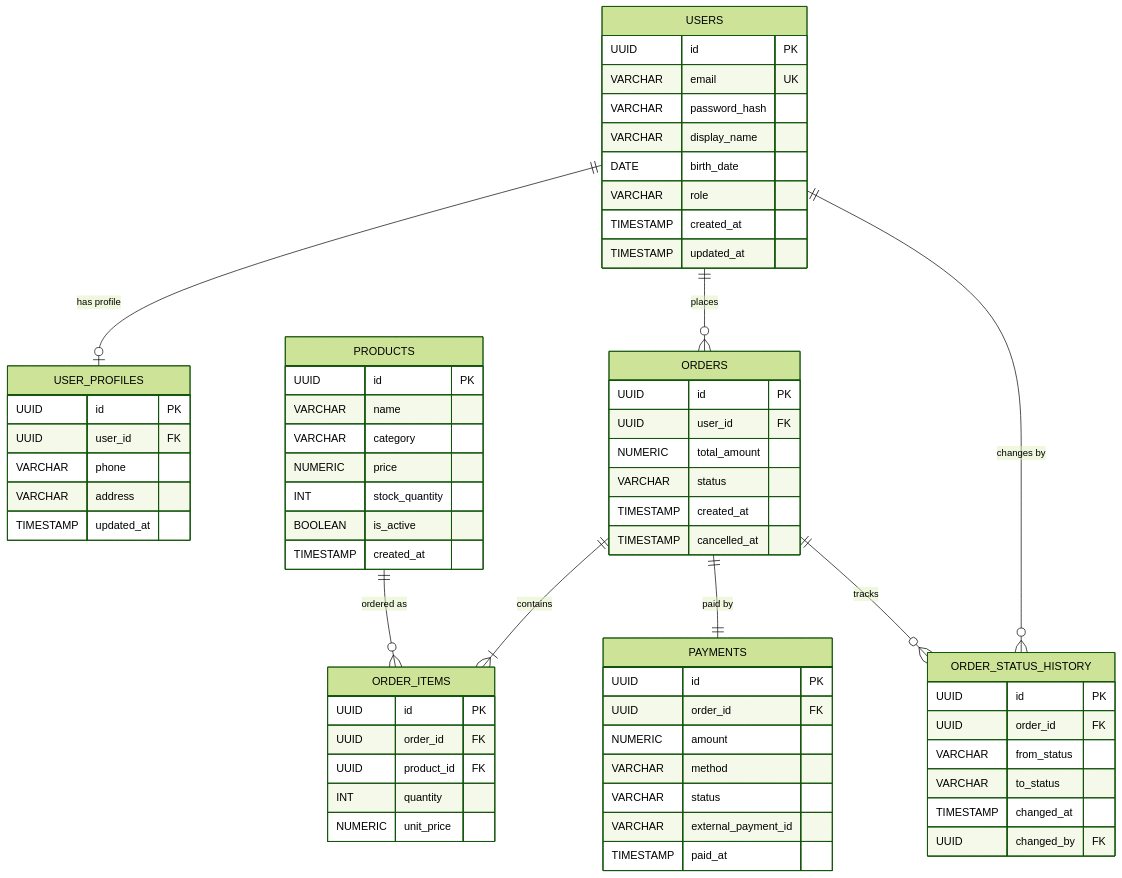
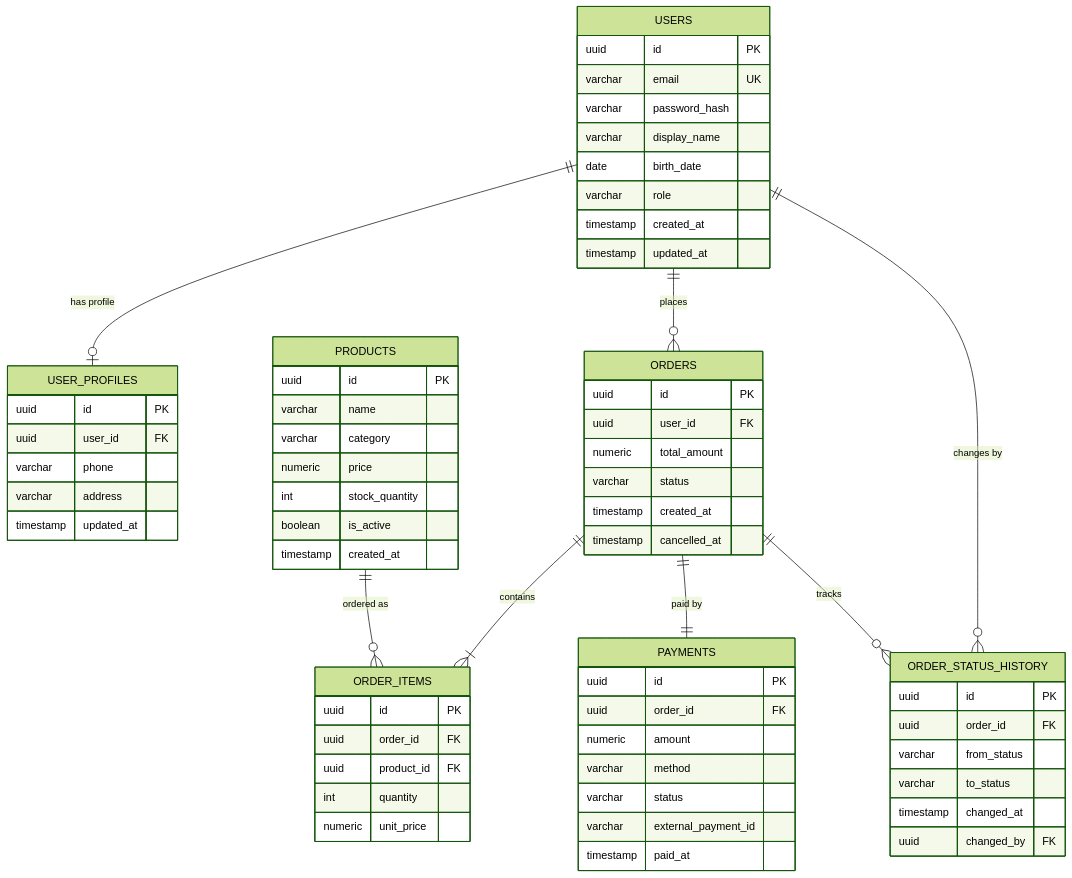
One commit to rageboom/ai-native-methodology changed the diagram in ai-native-methodology/templates/erd.template.mermaid. Above: the diagram before and after it, drawn with Mermaid (forest theme). The commit also changed 81 other files, not shown here.

```diff
--- a/ai-native-methodology/templates/erd.template.mermaid
+++ b/ai-native-methodology/templates/erd.template.mermaid
@@ -1,102 +1,102 @@
 %% ERD - 데이터베이스 스키마 (Mermaid erDiagram)
 %% 생성일: {meta.generated_at}
 %% 출처: ORM/ERD/운영DB 통합 (정합성 검증 완료)
 %% 신뢰도: {meta.confidence}
 
 erDiagram
     %% ====================================
     %% 사용자 도메인
     %% ====================================
     USERS {
-        UUID id PK
-        VARCHAR email UK
-        VARCHAR password_hash
-        VARCHAR display_name
-        DATE birth_date
-        VARCHAR role
-        TIMESTAMP created_at
-        TIMESTAMP updated_at
+        uuid id PK
+        varchar email UK
+        varchar password_hash
+        varchar display_name
+        date birth_date
+        varchar role
+        timestamp created_at
+        timestamp updated_at
     }
     
     USER_PROFILES {
-        UUID id PK
-        UUID user_id FK
-        VARCHAR phone
-        VARCHAR address
-        TIMESTAMP updated_at
+        uuid id PK
+        uuid user_id FK
+        varchar phone
+        varchar address
+        timestamp updated_at
     }
     
     %% ====================================
     %% 주문 도메인
     %% ====================================
     ORDERS {
-        UUID id PK
-        UUID user_id FK
-        NUMERIC total_amount
-        VARCHAR status
-        TIMESTAMP created_at
-        TIMESTAMP cancelled_at
+        uuid id PK
+        uuid user_id FK
+        numeric total_amount
+        varchar status
+        timestamp created_at
+        timestamp cancelled_at
     }
     
     ORDER_ITEMS {
-        UUID id PK
-        UUID order_id FK
-        UUID product_id FK
-        INT quantity
-        NUMERIC unit_price
+        uuid id PK
+        uuid order_id FK
+        uuid product_id FK
+        int quantity
+        numeric unit_price
     }
     
     ORDER_STATUS_HISTORY {
-        UUID id PK
-        UUID order_id FK
-        VARCHAR from_status
-        VARCHAR to_status
-        TIMESTAMP changed_at
-        UUID changed_by FK
+        uuid id PK
+        uuid order_id FK
+        varchar from_status
+        varchar to_status
+        timestamp changed_at
+        uuid changed_by FK
     }
     
     %% ====================================
     %% 상품 도메인
     %% ====================================
     PRODUCTS {
-        UUID id PK
-        VARCHAR name
-        VARCHAR category
-        NUMERIC price
-        INT stock_quantity
-        BOOLEAN is_active
-        TIMESTAMP created_at
+        uuid id PK
+        varchar name
+        varchar category
+        numeric price
+        int stock_quantity
+        boolean is_active
+        timestamp created_at
     }
     
     %% ====================================
     %% 결제 도메인
     %% ====================================
     PAYMENTS {
-        UUID id PK
-        UUID order_id FK
-        NUMERIC amount
-        VARCHAR method
-        VARCHAR status
-        VARCHAR external_payment_id
-        TIMESTAMP paid_at
+        uuid id PK
+        uuid order_id FK
+        numeric amount
+        varchar method
+        varchar status
+        varchar external_payment_id
+        timestamp paid_at
     }
     
     %% ====================================
     %% 관계 (Relationships)
     %% ====================================
     USERS ||--o| USER_PROFILES : "has profile"
     USERS ||--o{ ORDERS : "places"
     USERS ||--o{ ORDER_STATUS_HISTORY : "changes by"
     
     ORDERS ||--|{ ORDER_ITEMS : "contains"
     ORDERS ||--o{ ORDER_STATUS_HISTORY : "tracks"
     ORDERS ||--|| PAYMENTS : "paid by"
     
     PRODUCTS ||--o{ ORDER_ITEMS : "ordered as"
     
     %% 관계 표기 범례:
     %% ||--||  : 1:1 (둘 다 필수)
     %% ||--o|  : 1:0..1
     %% ||--|{  : 1:1..N (자식 필수)
     %% ||--o{  : 1:0..N
     %% }o--o{  : N:M
```
